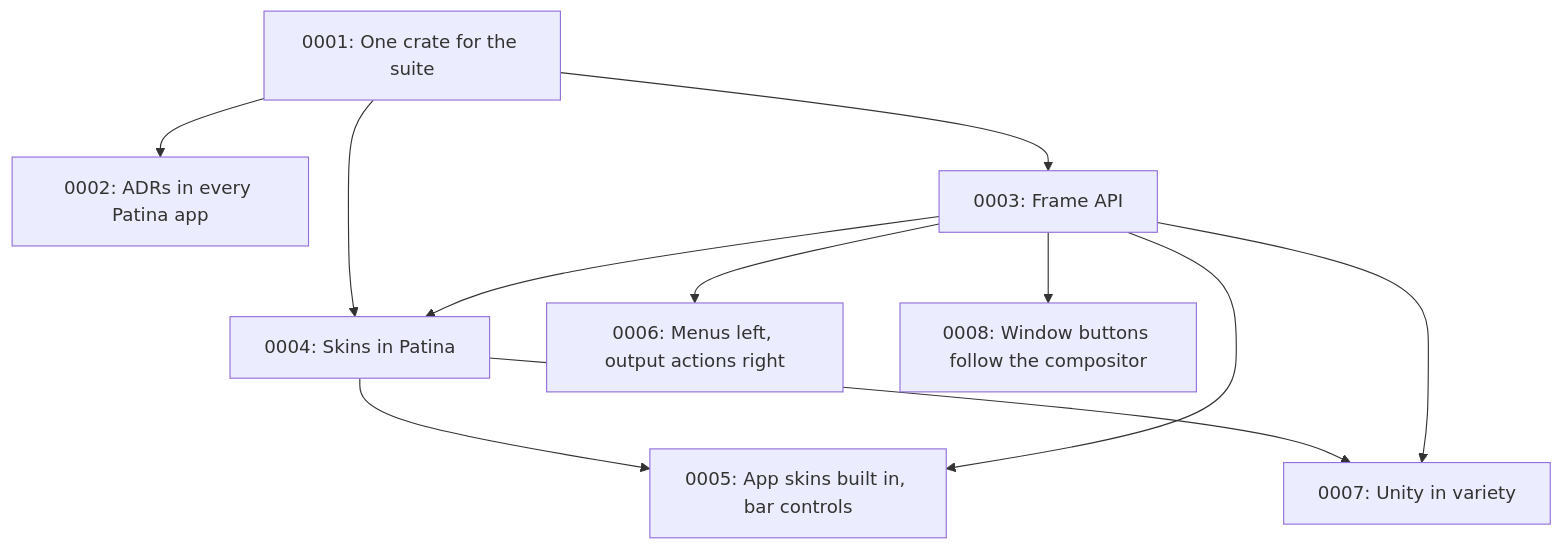
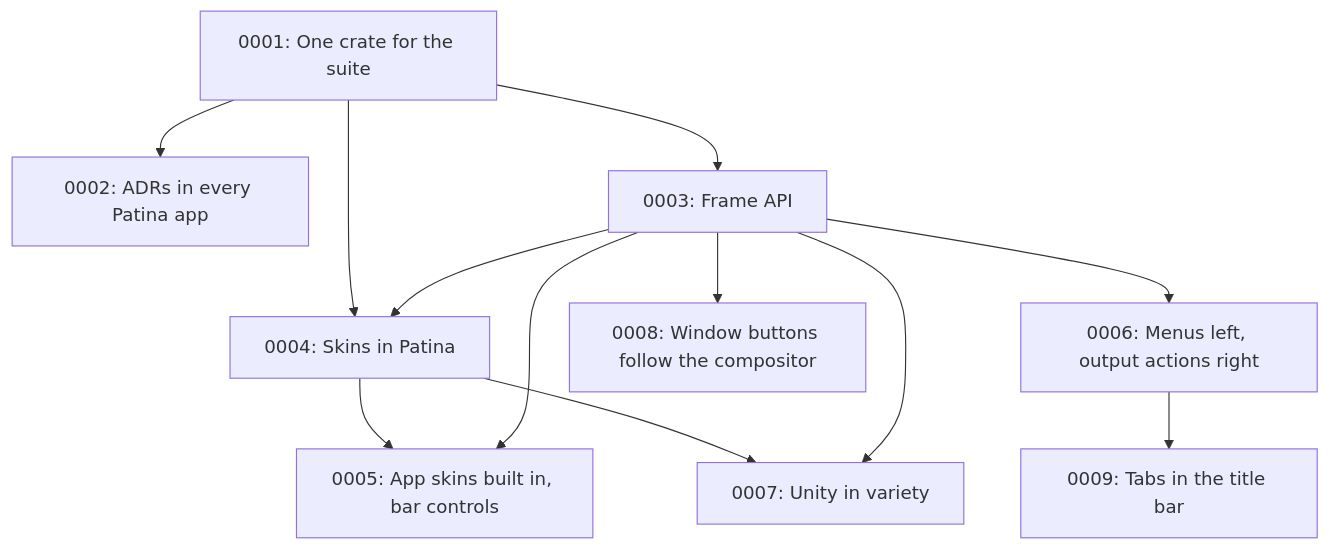
The diagram in docs/adr/README.md (Sector-F-Labs/patina), drawn with Mermaid before and after one commit. The commit also changed other lines of this file and 8 other files, not shown here.

Commit message:
Tabs in the title bar, moved from Teleprinter (ADR-0009)

````diff
--- a/docs/adr/README.md
+++ b/docs/adr/README.md
@@ -56,13 +57,14 @@
 ```mermaid
 flowchart TD
     A[0001: One crate for the suite] --> B[0002: ADRs in every Patina app]
     A --> C[0003: Frame API]
     A --> D[0004: Skins in Patina]
     C --> D
     D --> E[0005: App skins built in, bar controls]
     C --> F[0006: Menus left, output actions right]
     C --> E
     D --> G[0007: Unity in variety]
     C --> G
     C --> H[0008: Window buttons follow the compositor]
+    F --> I[0009: Tabs in the title bar]
 ```
````
